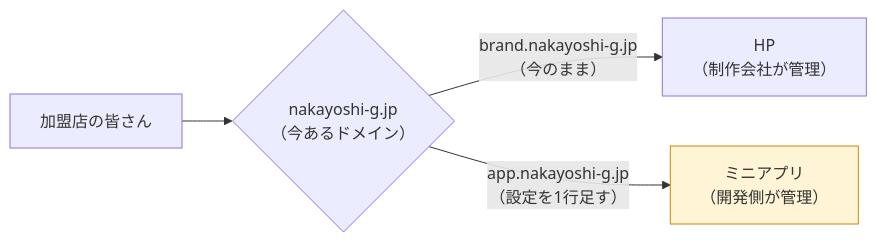
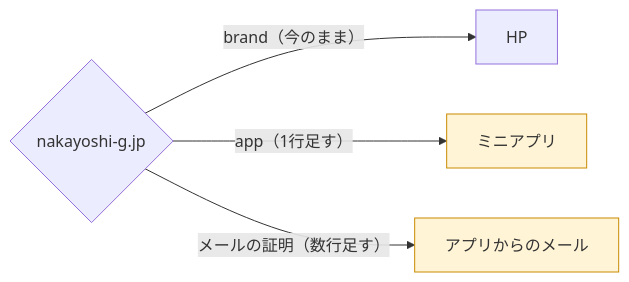
Before and after one commit to yusukesanse/nakayoshi-docs: the first of 2 diagrams in 09-questions-1029.md, drawn with Mermaid. The commit also changed other lines of this file, not shown here.

````diff
--- a/09-questions-1029.md
+++ b/09-questions-1029.md
@@ -34,7 +17,9 @@
 ```mermaid
 flowchart LR
-    member["加盟店の皆さん"] --> domain{"nakayoshi-g.jp<br>（今あるドメイン）"}
-    domain -- "brand.nakayoshi-g.jp<br>（今のまま）" --> hp["HP<br>（制作会社が管理）"]
-    domain -- "app.nakayoshi-g.jp<br>（設定を1行足す）" --> app["ミニアプリ<br>（開発側が管理）"]
+    domain{"nakayoshi-g.jp"}
+    domain -- "brand（今のまま）" --> hp["HP"]
+    domain -- "app（1行足す）" --> app["ミニアプリ"]
+    domain -- "メールの証明（数行足す）" --> mail["アプリからのメール"]
     style app fill:#fff4d6,stroke:#c98a00
+    style mail fill:#fff4d6,stroke:#c98a00
 ```
````
